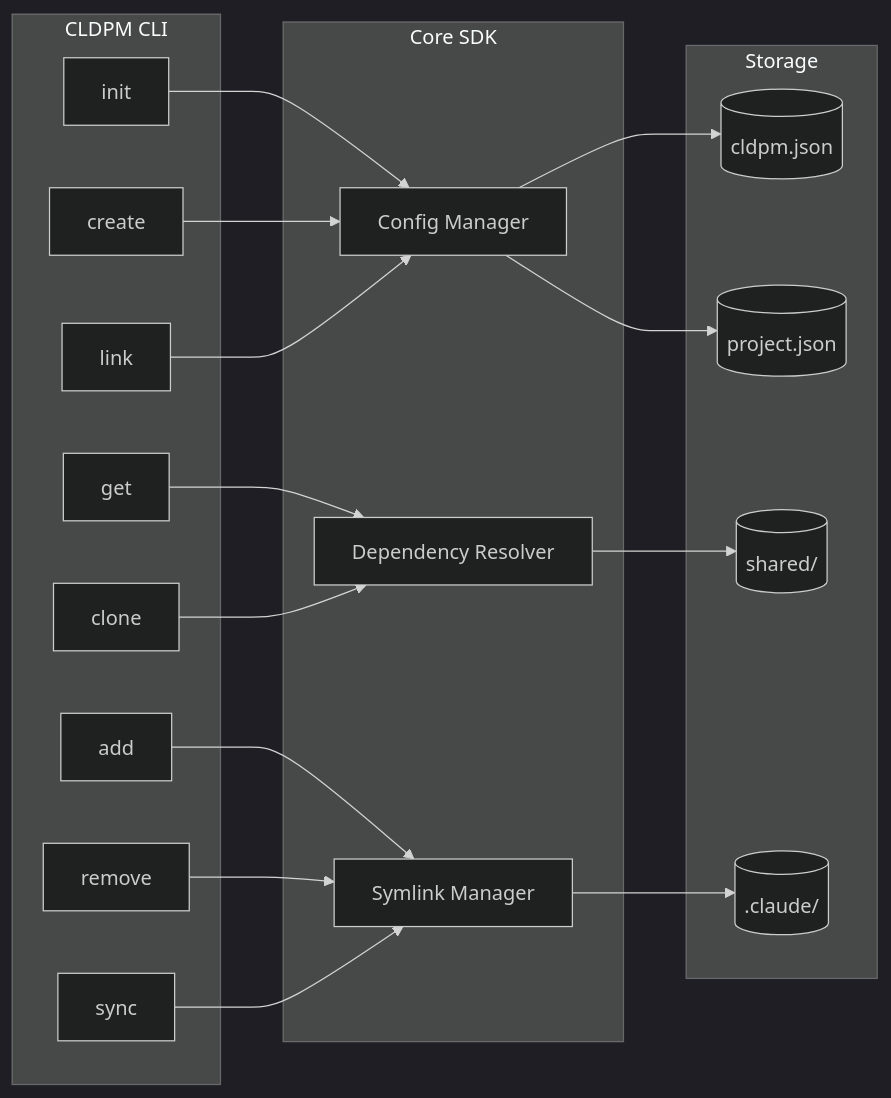
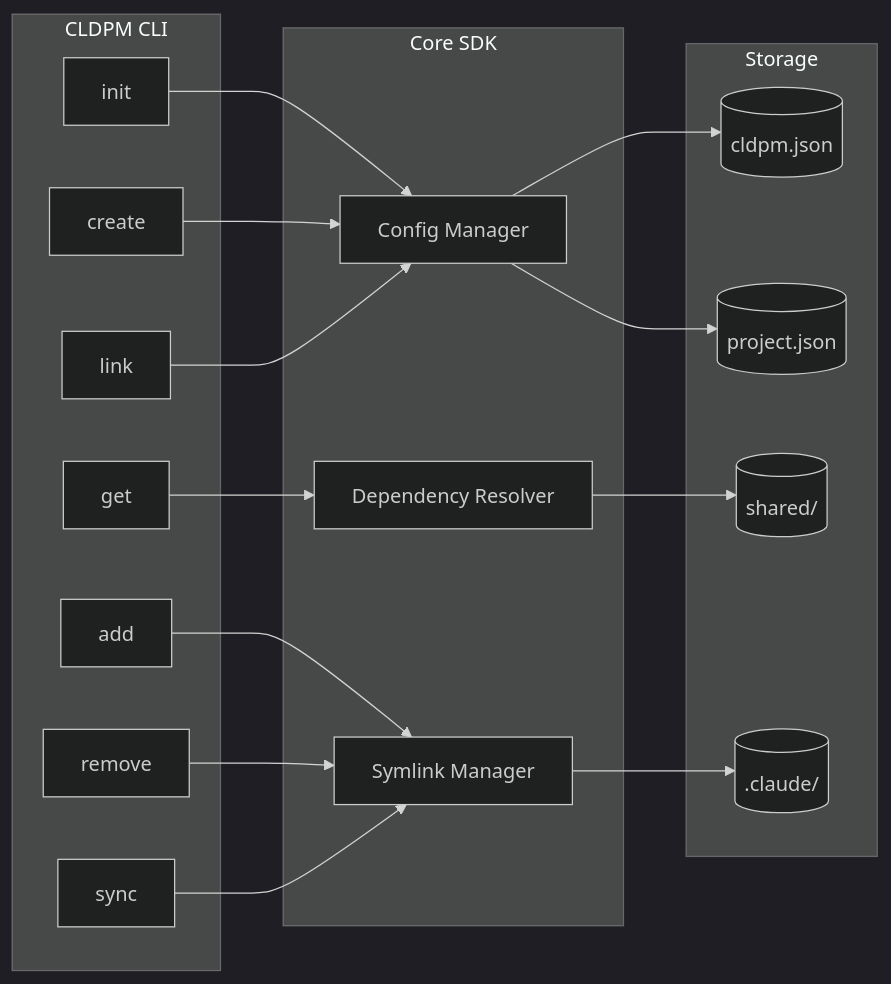
Before and after one commit to transilienceai/cldpm: the second of 5 diagrams in README.md, drawn with Mermaid (dark theme). The commit also changed other lines of this file and 35 other files, not shown here.

````diff
--- a/README.md
+++ b/README.md
@@ -87,40 +87,38 @@
 ```mermaid
 flowchart LR
     subgraph "CLDPM CLI"
         INIT[init]
         CREATE[create]
         ADD[add]
         REMOVE[remove]
         GET[get]
         SYNC[sync]
-        CLONE[clone]
         LINK[link]
     end
 
     subgraph "Core SDK"
         CONFIG[Config Manager]
         RESOLVER[Dependency Resolver]
         LINKER[Symlink Manager]
     end
 
     subgraph "Storage"
         CLDPMJSON[(cldpm.json)]
         PROJSON[(project.json)]
         SHARED[(shared/)]
         CLAUDE[(.claude/)]
     end
 
     INIT --> CONFIG
     CREATE --> CONFIG
     ADD --> LINKER
     REMOVE --> LINKER
     GET --> RESOLVER
     SYNC --> LINKER
-    CLONE --> RESOLVER
     LINK --> CONFIG
 
     CONFIG --> CLDPMJSON
     CONFIG --> PROJSON
     RESOLVER --> SHARED
     LINKER --> CLAUDE
 ```
````
